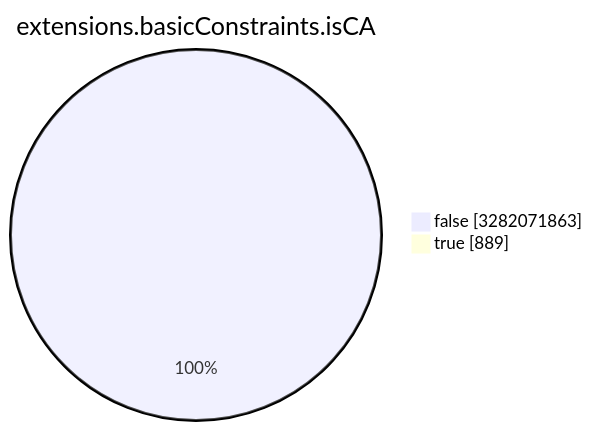
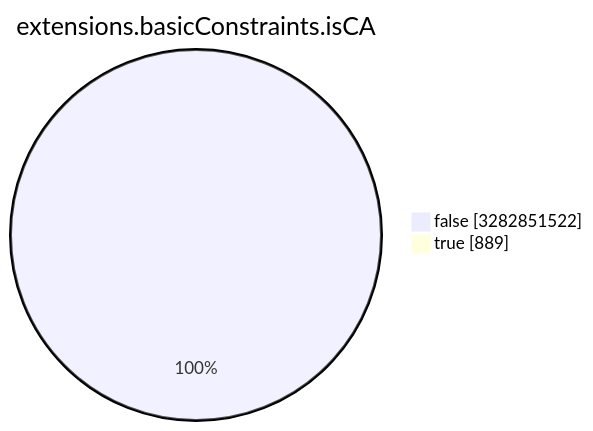
Before and after one commit to christiankrug/ctmonitor_visualization: the seventh of 15 diagrams in TOTAL/README.md, drawn with Mermaid. The commit also changed other lines of this file, not shown here.

````diff
--- a/TOTAL/README.md
+++ b/TOTAL/README.md
@@ -3089,6 +3089,6 @@
 ```mermaid
 pie showData
 title extensions.basicConstraints.isCA
-"false" :3282071863
+"false" :3282851522
 "true" :889
 ```
````
